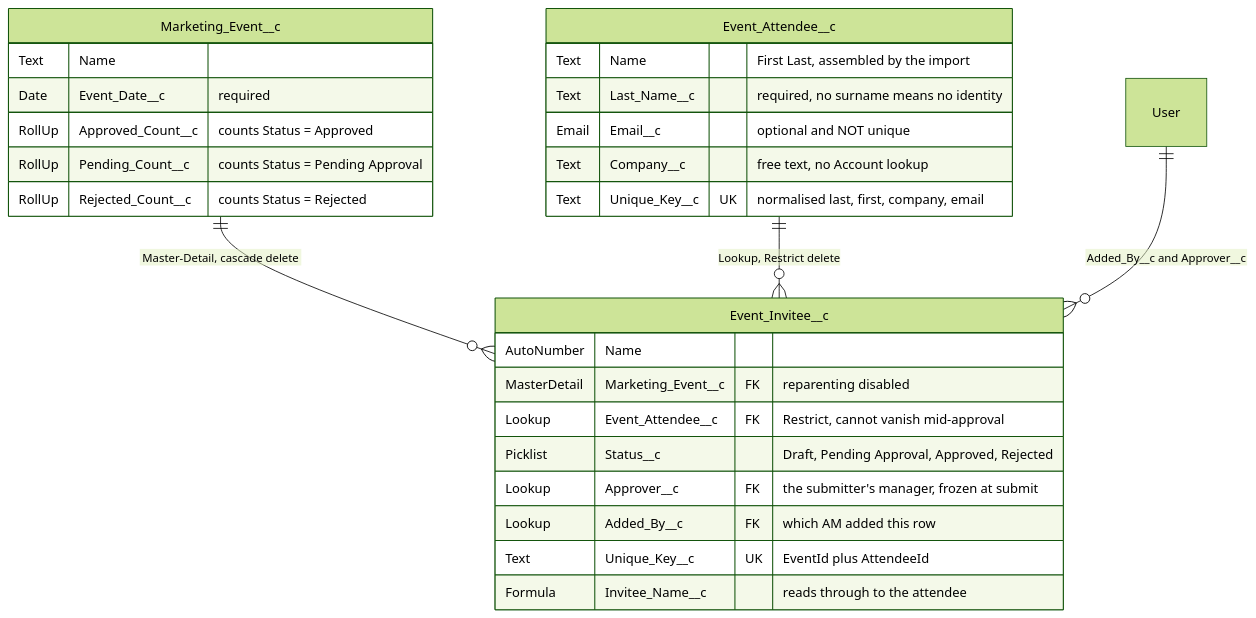
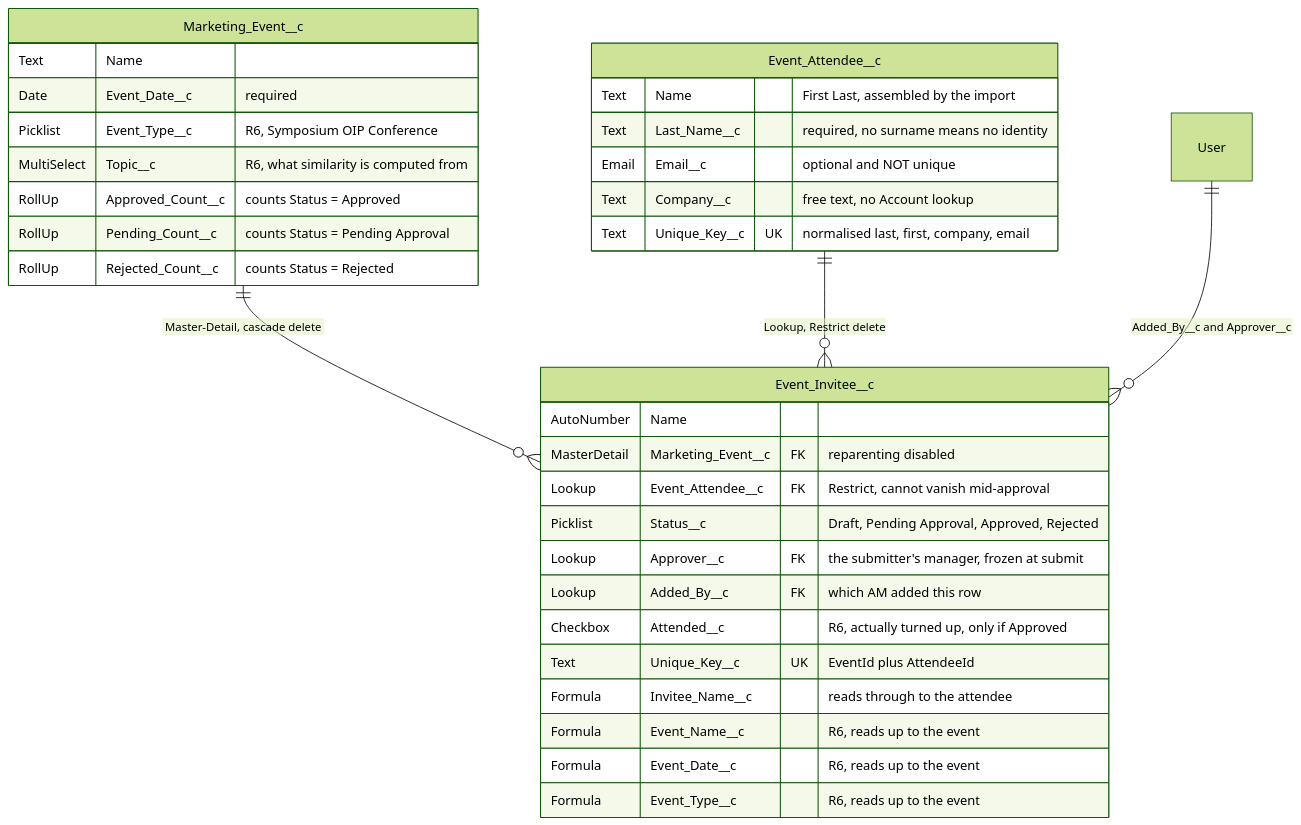
Before and after one commit to avence12/salesforce_event_mgmt: the diagram in design.md, drawn with Mermaid (forest theme). The commit also changed other lines of this file and 26 other files, not shown here.

````diff
--- a/design.md
+++ b/design.md
@@ -193,33 +227,39 @@
 ```mermaid
 erDiagram
     Marketing_Event__c ||--o{ Event_Invitee__c : "Master-Detail, cascade delete"
     Event_Attendee__c  ||--o{ Event_Invitee__c : "Lookup, Restrict delete"
     User               ||--o{ Event_Invitee__c : "Added_By__c and Approver__c"
 
     Marketing_Event__c {
-        Text     Name
-        Date     Event_Date__c "required"
-        RollUp   Approved_Count__c "counts Status = Approved"
-        RollUp   Pending_Count__c "counts Status = Pending Approval"
-        RollUp   Rejected_Count__c "counts Status = Rejected"
+        Text        Name
+        Date        Event_Date__c "required"
+        Picklist    Event_Type__c "R6, Symposium OIP Conference"
+        MultiSelect Topic__c "R6, what similarity is computed from"
+        RollUp      Approved_Count__c "counts Status = Approved"
+        RollUp      Pending_Count__c "counts Status = Pending Approval"
+        RollUp      Rejected_Count__c "counts Status = Rejected"
     }
 
     Event_Attendee__c {
         Text  Name "First Last, assembled by the import"
         Text  Last_Name__c "required, no surname means no identity"
         Email Email__c "optional and NOT unique"
         Text  Company__c "free text, no Account lookup"
         Text  Unique_Key__c UK "normalised last, first, company, email"
     }
 
     Event_Invitee__c {
         AutoNumber   Name
         MasterDetail Marketing_Event__c FK "reparenting disabled"
         Lookup       Event_Attendee__c FK "Restrict, cannot vanish mid-approval"
         Picklist     Status__c "Draft, Pending Approval, Approved, Rejected"
         Lookup       Approver__c FK "the submitter's manager, frozen at submit"
         Lookup       Added_By__c FK "which AM added this row"
+        Checkbox     Attended__c "R6, actually turned up, only if Approved"
         Text         Unique_Key__c UK "EventId plus AttendeeId"
         Formula      Invitee_Name__c "reads through to the attendee"
+        Formula      Event_Name__c "R6, reads up to the event"
+        Formula      Event_Date__c "R6, reads up to the event"
+        Formula      Event_Type__c "R6, reads up to the event"
     }
 ```
````
